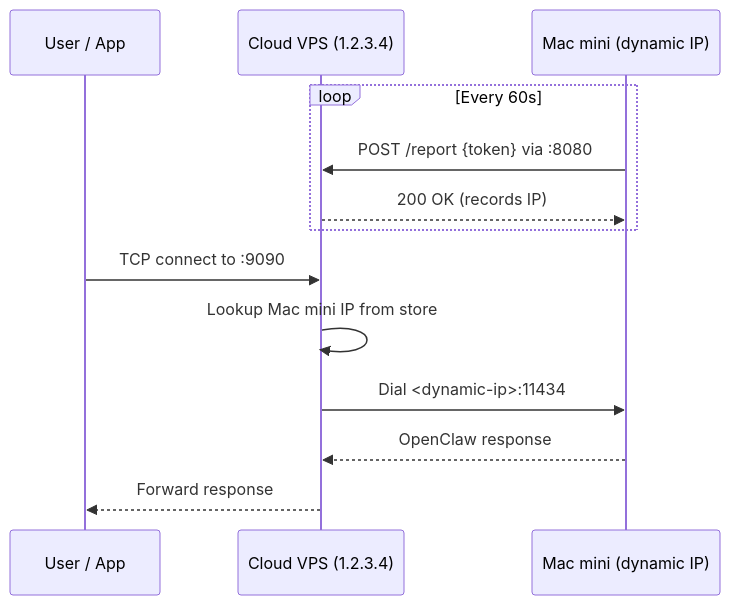
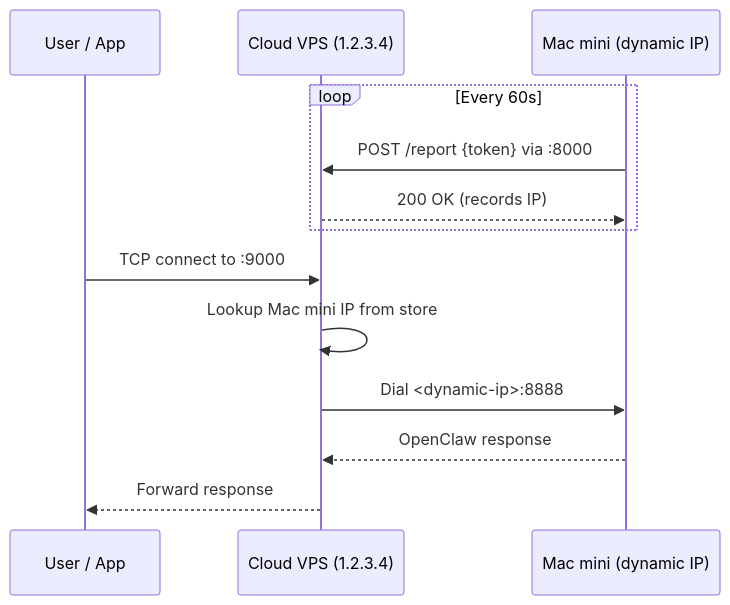
Before and after one commit to CyrusF/ddns: the second of 2 diagrams in README.md, drawn with Mermaid. The commit also changed other lines of this file and 1 other file, not shown here.

````diff
--- a/README.md
+++ b/README.md
@@ -55,17 +55,17 @@
 ```mermaid
 sequenceDiagram
     participant App as User / App
     participant VPS as Cloud VPS (1.2.3.4)
     participant Mac as Mac mini (dynamic IP)
 
     loop Every 60s
-        Mac->>VPS: POST /report {token} via :8080
+        Mac->>VPS: POST /report {token} via :8000
         VPS-->>Mac: 200 OK (records IP)
     end
 
-    App->>VPS: TCP connect to :9090
+    App->>VPS: TCP connect to :9000
     VPS->>VPS: Lookup Mac mini IP from store
-    VPS->>Mac: Dial <dynamic-ip>:11434
+    VPS->>Mac: Dial <dynamic-ip>:8888
     Mac-->>VPS: OpenClaw response
     VPS-->>App: Forward response
 ```
````
